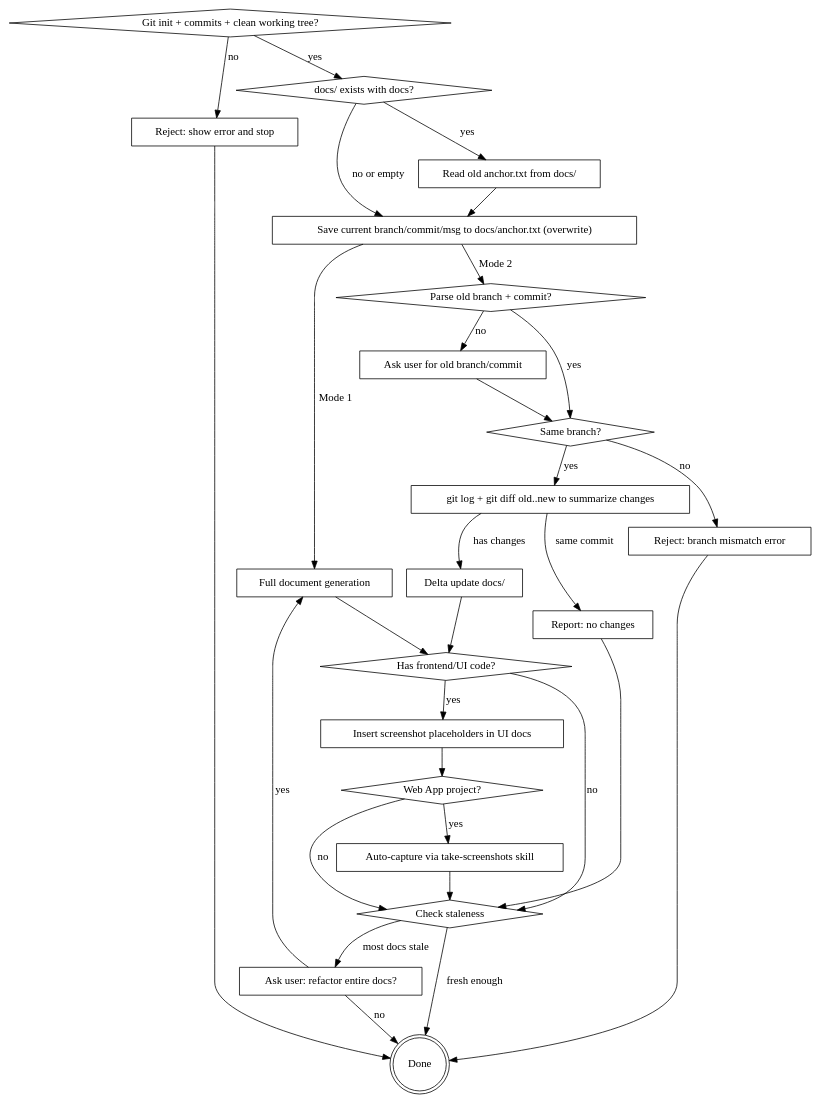
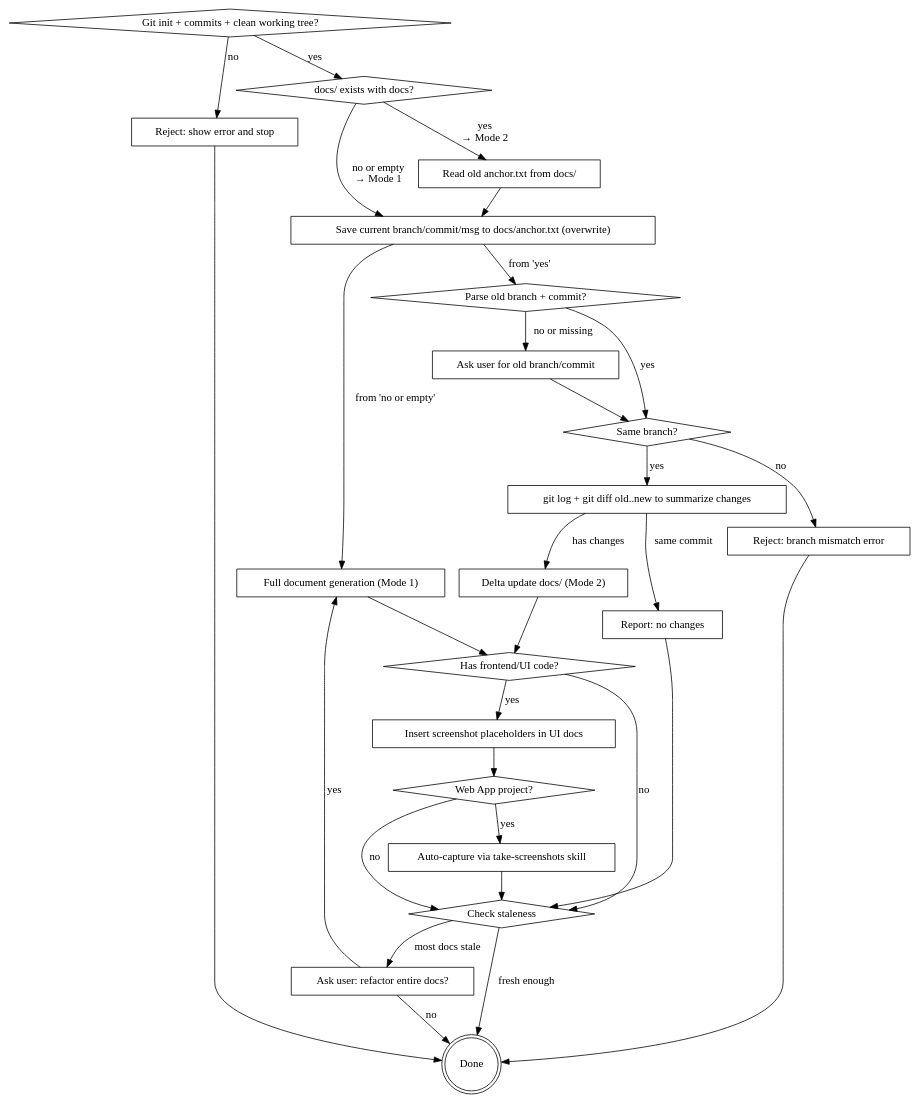
One commit to zhang-songhan/yanzhi-docs-generator changed the diagram in skills/writing-docs/SKILL.md. Above: the diagram before and after it, drawn with Graphviz. The commit also changed other lines of this file and 2 other files, not shown here.

First line of the commit message:
v260605-141345 docs. clarify Mode 2 mandatory when docs exist, add missing anchor.txt handling

````diff
--- a/skills/writing-docs/SKILL.md
+++ b/skills/writing-docs/SKILL.md
@@ -12,54 +19,54 @@
 ```dot
 digraph document_flow {
     "Git init + commits + clean working tree?" [shape=diamond];
     "Reject: show error and stop" [shape=box];
     "docs/ exists with docs?" [shape=diamond];
     "Read old anchor.txt from docs/" [shape=box];
     "Save current branch/commit/msg to docs/anchor.txt (overwrite)" [shape=box];
-    "Full document generation" [shape=box];
+    "Full document generation (Mode 1)" [shape=box];
     "Parse old branch + commit?" [shape=diamond];
     "Ask user for old branch/commit" [shape=box];
     "Same branch?" [shape=diamond];
     "Reject: branch mismatch error" [shape=box];
     "git log + git diff old..new to summarize changes" [shape=box];
-    "Delta update docs/" [shape=box];
+    "Delta update docs/ (Mode 2)" [shape=box];
     "Report: no changes" [shape=box];
     "Has frontend/UI code?" [shape=diamond];
     "Insert screenshot placeholders in UI docs" [shape=box];
     "Web App project?" [shape=diamond];
     "Auto-capture via take-screenshots skill" [shape=box];
     "Check staleness" [shape=diamond];
     "Ask user: refactor entire docs?" [shape=box];
     "Done" [shape=doublecircle];
 
     "Git init + commits + clean working tree?" -> "Reject: show error and stop" [label="no"];
     "Git init + commits + clean working tree?" -> "docs/ exists with docs?" [label="yes"];
-    "docs/ exists with docs?" -> "Read old anchor.txt from docs/" [label="yes"];
-    "docs/ exists with docs?" -> "Save current branch/commit/msg to docs/anchor.txt (overwrite)" [label="no or empty"];
+    "docs/ exists with docs?" -> "Save current branch/commit/msg to docs/anchor.txt (overwrite)" [label="no or empty\n→ Mode 1"];
+    "docs/ exists with docs?" -> "Read old anchor.txt from docs/" [label="yes\n→ Mode 2"];
     "Read old anchor.txt from docs/" -> "Save current branch/commit/msg to docs/anchor.txt (overwrite)";
-    "Save current branch/commit/msg to docs/anchor.txt (overwrite)" -> "Full document generation" [label="Mode 1"];
-    "Save current branch/commit/msg to docs/anchor.txt (overwrite)" -> "Parse old branch + commit?" [label="Mode 2"];
-    "Full document generation" -> "Has frontend/UI code?";
-    "Parse old branch + commit?" -> "Ask user for old branch/commit" [label="no"];
+    "Save current branch/commit/msg to docs/anchor.txt (overwrite)" -> "Full document generation (Mode 1)" [label="from 'no or empty'"];
+    "Save current branch/commit/msg to docs/anchor.txt (overwrite)" -> "Parse old branch + commit?" [label="from 'yes'"];
+    "Full document generation (Mode 1)" -> "Has frontend/UI code?";
+    "Parse old branch + commit?" -> "Ask user for old branch/commit" [label="no or missing"];
     "Parse old branch + commit?" -> "Same branch?" [label="yes"];
     "Ask user for old branch/commit" -> "Same branch?";
     "Same branch?" -> "Reject: branch mismatch error" [label="no"];
     "Same branch?" -> "git log + git diff old..new to summarize changes" [label="yes"];
-    "git log + git diff old..new to summarize changes" -> "Delta update docs/" [label="has changes"];
+    "git log + git diff old..new to summarize changes" -> "Delta update docs/ (Mode 2)" [label="has changes"];
     "git log + git diff old..new to summarize changes" -> "Report: no changes" [label="same commit"];
-    "Delta update docs/" -> "Has frontend/UI code?";
+    "Delta update docs/ (Mode 2)" -> "Has frontend/UI code?";
     "Has frontend/UI code?" -> "Insert screenshot placeholders in UI docs" [label="yes"];
     "Has frontend/UI code?" -> "Check staleness" [label="no"];
     "Insert screenshot placeholders in UI docs" -> "Web App project?";
     "Web App project?" -> "Auto-capture via take-screenshots skill" [label="yes"];
     "Web App project?" -> "Check staleness" [label="no"];
     "Auto-capture via take-screenshots skill" -> "Check staleness";
     "Report: no changes" -> "Check staleness";
     "Reject: show error and stop" -> "Done";
     "Reject: branch mismatch error" -> "Done";
     "Check staleness" -> "Ask user: refactor entire docs?" [label="most docs stale"];
     "Check staleness" -> "Done" [label="fresh enough"];
-    "Ask user: refactor entire docs?" -> "Full document generation" [label="yes"];
+    "Ask user: refactor entire docs?" -> "Full document generation (Mode 1)" [label="yes"];
     "Ask user: refactor entire docs?" -> "Done" [label="no"];
 }
 ```
````
